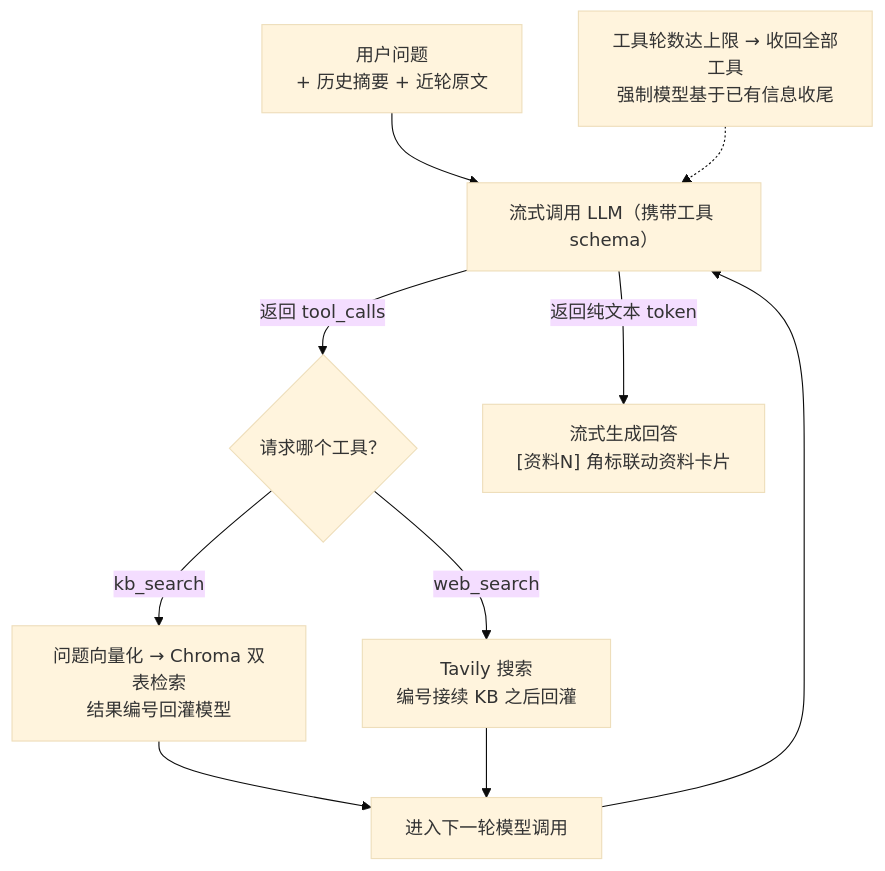
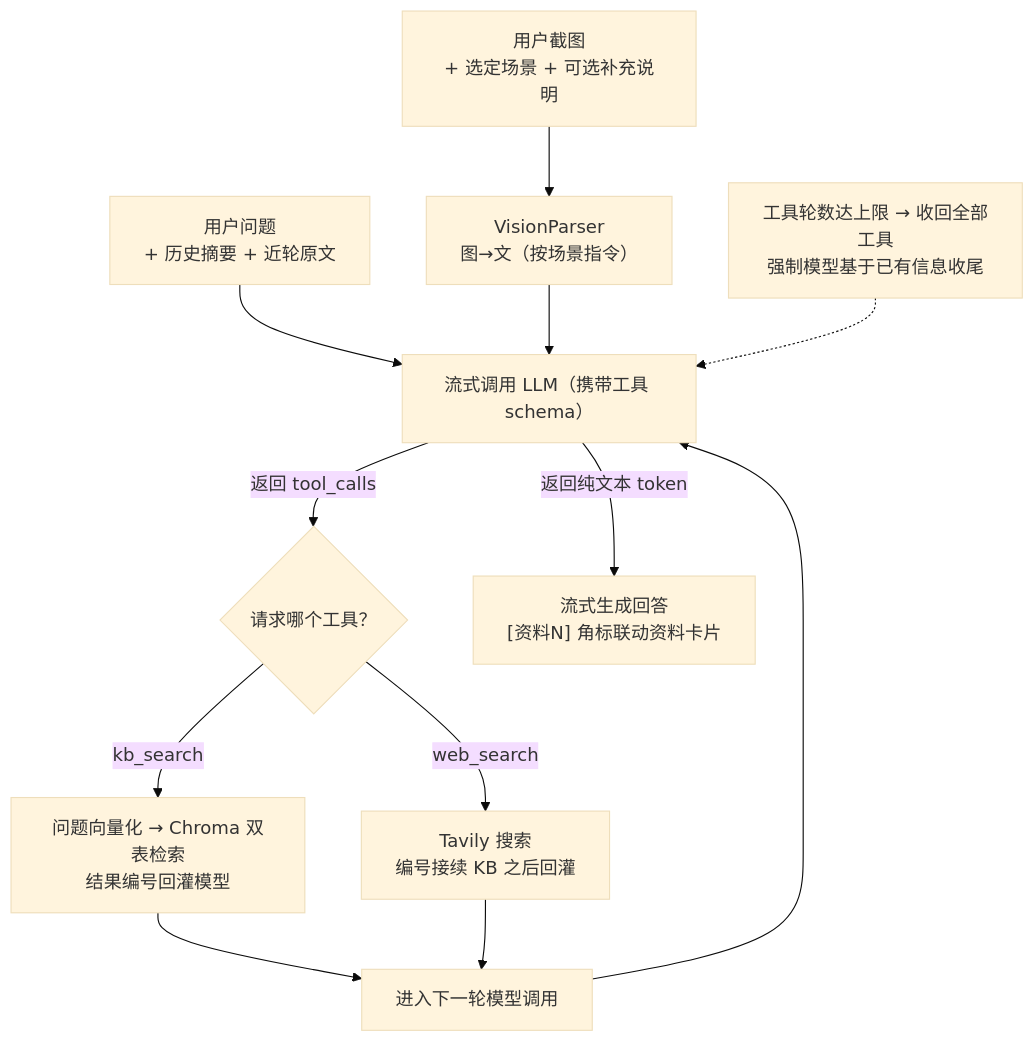
Before and after one commit to Zora-ZhouHui/QA-assistant: the third of 3 diagrams in README.md, drawn with Mermaid (base theme). The commit also changed other lines of this file and 25 other files, not shown here.

````diff
--- a/README.md
+++ b/README.md
@@ -130,13 +152,16 @@
 ```mermaid
 flowchart TD
-    Q["用户问题<br/>+ 历史摘要 + 近轮原文"] --> CALL["流式调用 LLM（携带工具 schema）"]
-    CALL -->|"返回 tool_calls"| DEC{"请求哪个工具？"}
+    Q["用户问题<br/>+ 历史摘要 + 近轮原文"] --> CALL
+    IMG["用户截图<br/>+ 选定场景 + 可选补充说明"] --> VISION["VisionParser<br/>图→文（按场景指令）"]
+    VISION --> CALL
+
+    CALL["流式调用 LLM（携带工具 schema）"] -->|"返回 tool_calls"| DEC{"请求哪个工具？"}
     DEC -->|"kb_search"| KB["问题向量化 → Chroma 双表检索<br/>结果编号回灌模型"]
     DEC -->|"web_search"| WEB["Tavily 搜索<br/>编号接续 KB 之后回灌"]
     KB --> NEXT["进入下一轮模型调用"]
     WEB --> NEXT
     NEXT --> CALL
     CALL -->|"返回纯文本 token"| ANS["流式生成回答<br/>[资料N] 角标联动资料卡片"]
 
     LIMIT["工具轮数达上限 → 收回全部工具<br/>强制模型基于已有信息收尾"] -.-> CALL
 ```
````
